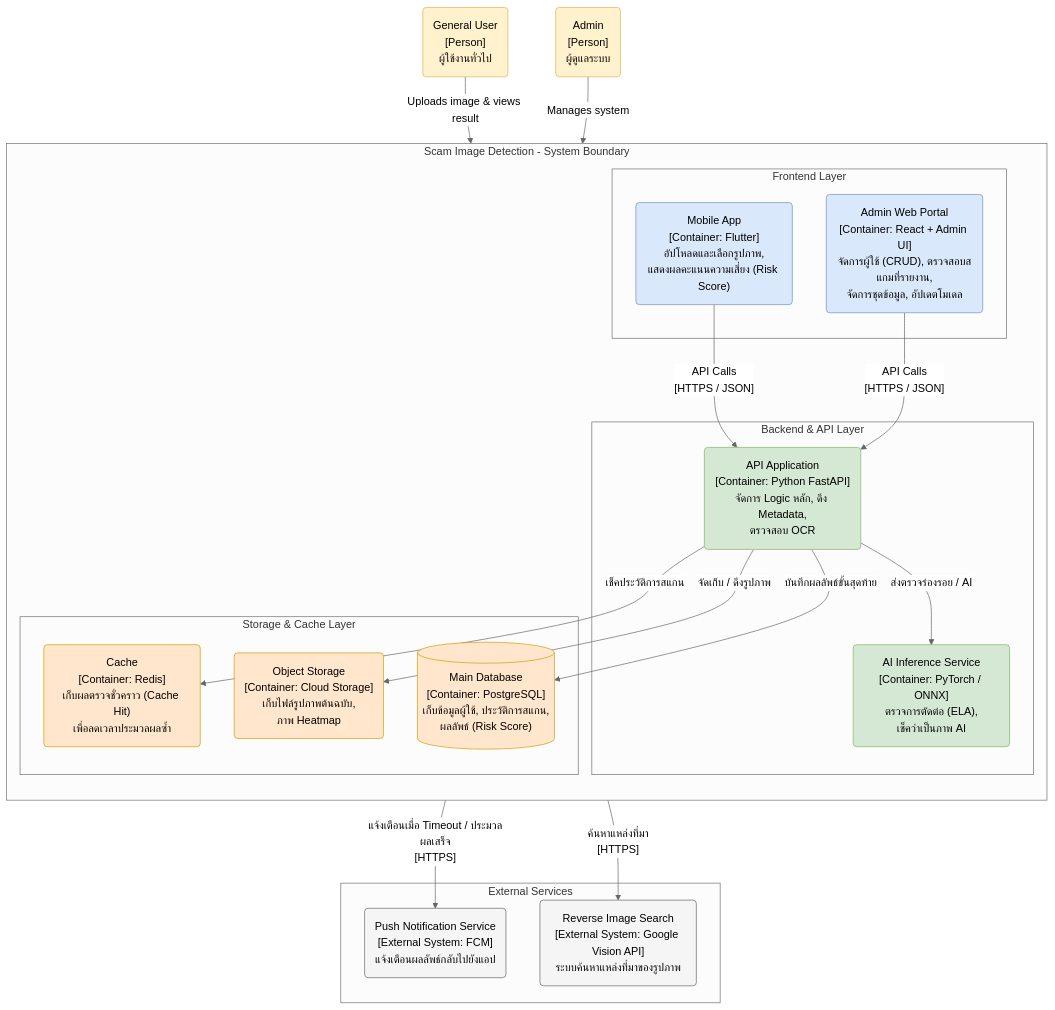
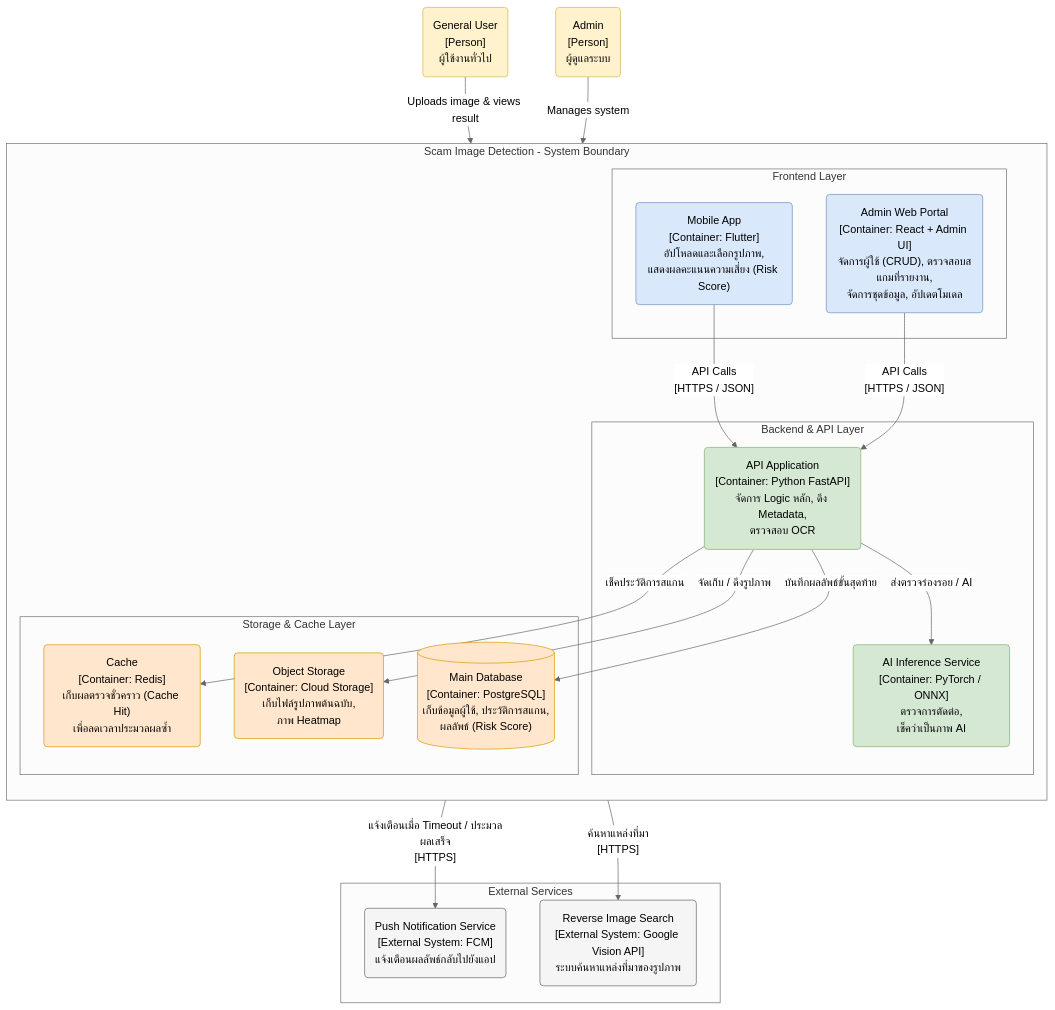
One commit to Panuwat-ta/project changed the diagram in Document/Software Architecture/C2-Container-Diagram.md. Above: the diagram before and after it, drawn with Mermaid (neutral theme). The commit also changed other lines of this file and 83 other files, not shown here.

````diff
--- a/Document/Software Architecture/C2-Container-Diagram.md
+++ b/Document/Software Architecture/C2-Container-Diagram.md
@@ -3,62 +3,62 @@
 ```mermaid
 flowchart TB
     %% การตั้งค่า Class สีต่างๆ
     classDef userFill fill:#fff2cc,stroke:#d6b656,color:black
     classDef clientFill fill:#dae8fc,stroke:#6c8ebf,color:black
     classDef backendFill fill:#d5e8d4,stroke:#82b366,color:black
     classDef storageFill fill:#ffe6cc,stroke:#d79b00,color:black
     classDef extFill fill:#f5f5f5,stroke:#666666,color:black
 
     %% Actors Boundary
     User("General User<br>[Person]<br>ผู้ใช้งานทั่วไป")
     Admin("Admin<br>[Person]<br>ผู้ดูแลระบบ")
 
     %% System Boundary
     subgraph ScamSystem [Scam Image Detection - System Boundary]
         direction TB
 
         subgraph Frontends [Frontend Layer]
             MobileApp("Mobile App<br>[Container: Flutter]<br>อัปโหลดและเลือกรูปภาพ,<br>แสดงผลคะแนนความเสี่ยง (Risk Score)")
             AdminPortal("Admin Web Portal<br>[Container: React + Admin UI]<br>จัดการผู้ใช้ (CRUD), ตรวจสอบสแกมที่รายงาน,<br>จัดการชุดข้อมูล, อัปเดตโมเดล")
         end
 
         subgraph Backends [Backend & API Layer]
             APIGateway("API Application<br>[Container: Python FastAPI]<br>จัดการ Logic หลัก, ดึง Metadata,<br>ตรวจสอบ OCR")
-            AIInference("AI Inference Service<br>[Container: PyTorch / ONNX]<br>ตรวจการตัดต่อ (ELA),<br>เช็คว่าเป็นภาพ AI")
+            AIInference("AI Inference Service<br>[Container: PyTorch / ONNX]<br>ตรวจการตัดต่อ,<br>เช็คว่าเป็นภาพ AI")
         end
 
         subgraph Storages [Storage & Cache Layer]
             Cache("Cache<br>[Container: Redis]<br>เก็บผลตรวจชั่วคราว (Cache Hit)<br>เพื่อลดเวลาประมวลผลซ้ำ")
             ObjectStore("Object Storage<br>[Container: Cloud Storage]<br>เก็บไฟล์รูปภาพต้นฉบับ,<br>ภาพ Heatmap")
             MainDB[("Main Database<br>[Container: PostgreSQL]<br>เก็บข้อมูลผู้ใช้, ประวัติการสแกน,<br>ผลลัพธ์ (Risk Score)")]
         end
     end
 
     %% External Systems Boundary
     subgraph Externals [External Services]
         PushService("Push Notification Service<br>[External System: FCM]<br>แจ้งเตือนผลลัพธ์กลับไปยังแอป")
         ReverseSearch("Reverse Image Search<br>[External System: Google Vision API]<br>ระบบค้นหาแหล่งที่มาของรูปภาพ")
     end
 
     %% Relationships / Associations
     User -- "Uploads image & views result" --> MobileApp
     Admin -- "Manages system" --> AdminPortal
 
     MobileApp -- "API Calls<br>[HTTPS / JSON]" --> APIGateway
     AdminPortal -- "API Calls<br>[HTTPS / JSON]" --> APIGateway
 
     APIGateway -- "เช็คประวัติการสแกน" --> Cache
     APIGateway -- "ส่งตรวจร่องรอย / AI" --> AIInference
     APIGateway -- "จัดเก็บ / ดึงรูปภาพ" --> ObjectStore
     APIGateway -- "บันทึกผลลัพธ์ขั้นสุดท้าย" --> MainDB
     
     APIGateway -- "แจ้งเตือนเมื่อ Timeout / ประมวลผลเสร็จ<br>[HTTPS]" --> PushService
     APIGateway -- "ค้นหาแหล่งที่มา<br>[HTTPS]" --> ReverseSearch
 
     %% Apply Styles
     class User,Admin userFill
     class MobileApp,AdminPortal clientFill
     class APIGateway,AIInference backendFill
     class Cache,ObjectStore,MainDB storageFill
     class PushService,ReverseSearch extFill
 ```
````
